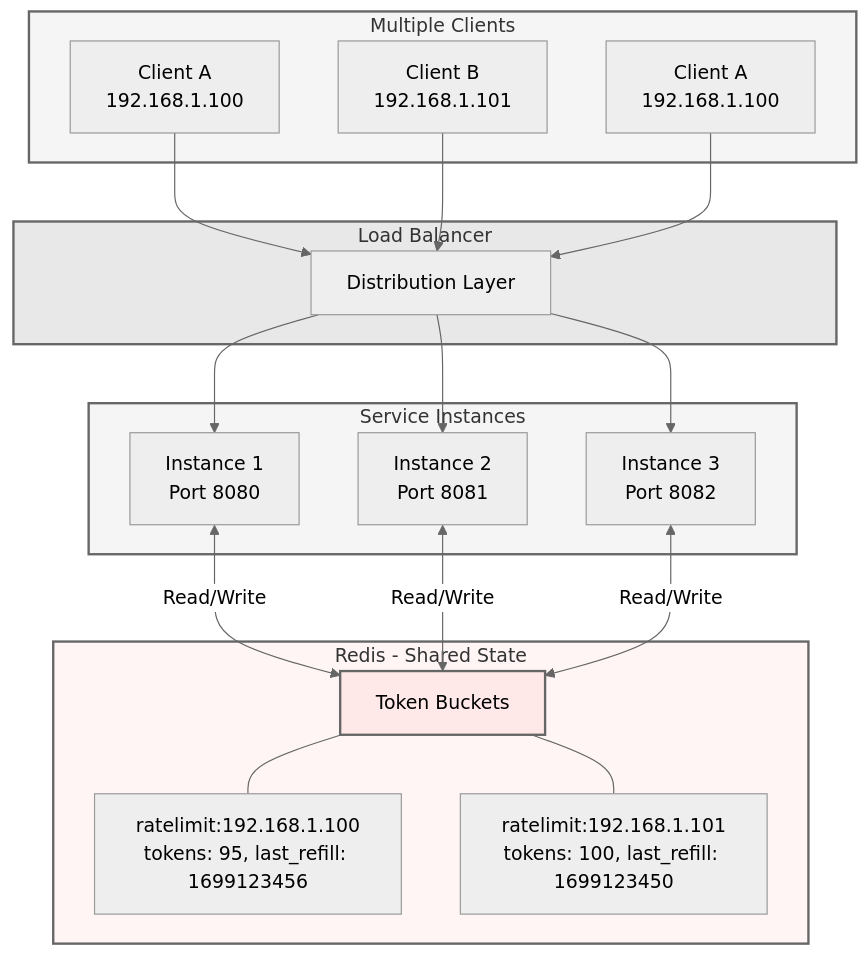
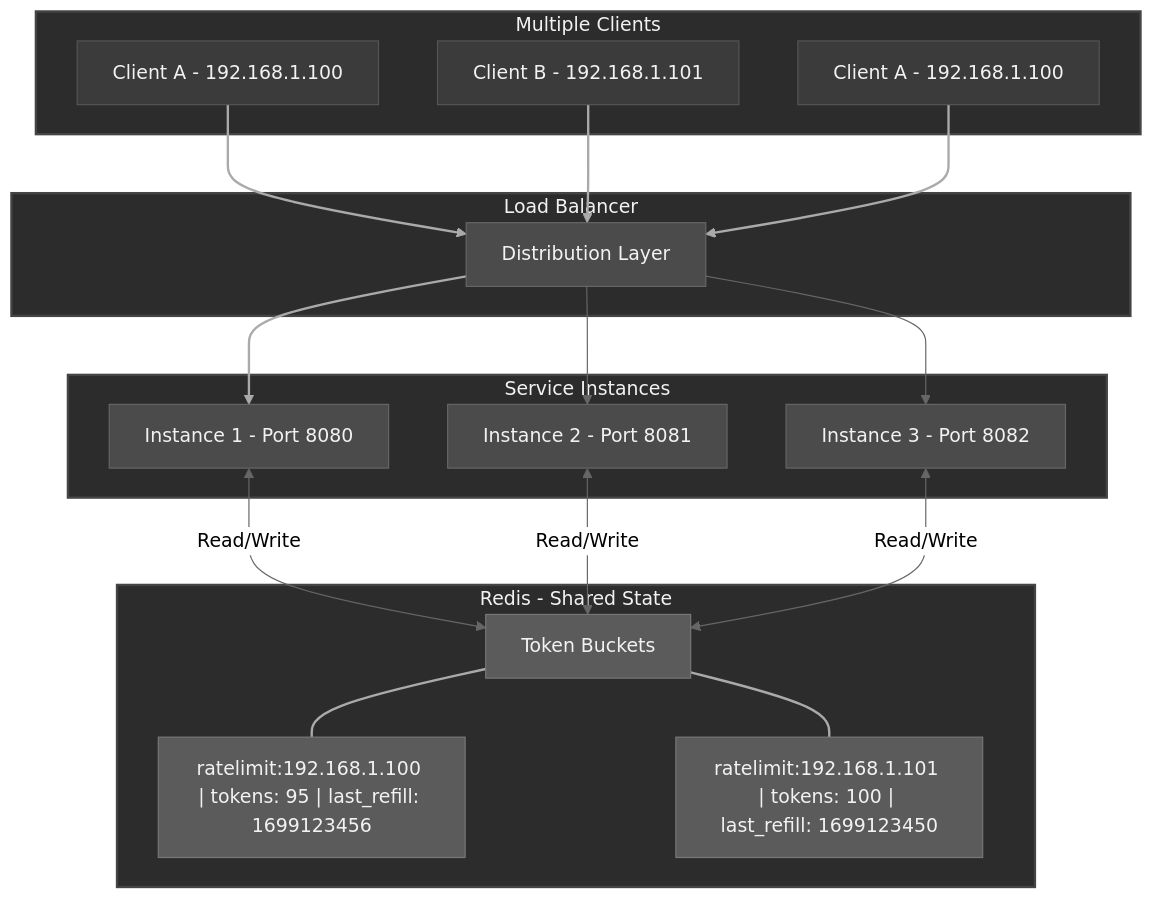
Before and after one commit to brutally-Honest/Distributed-Rate-Limiter: the diagram in README.md, drawn with Mermaid (neutral theme).

Commit message:
refactor(README): improve mermaid diagram formatting and styling for better readability

````diff
--- a/README.md
+++ b/README.md
@@ -25,45 +25,49 @@
 ```mermaid
 flowchart TB
-    subgraph clients["Multiple Clients"]
-        C1["Client A<br/>192.168.1.100"]
-        C2["Client B<br/>192.168.1.101"]
-        C3["Client A<br/>192.168.1.100"]
-    end
-
-    subgraph lb["Load Balancer"]
-        LB[Distribution Layer]
-    end
-
-    subgraph instances["Service Instances"]
-        I1["Instance 1<br/>Port 8080"]
-        I2["Instance 2<br/>Port 8081"]
-        I3["Instance 3<br/>Port 8082"]
-    end
-
-    subgraph redis["Redis - Shared State"]
-        RD["Token Buckets"]
-        K1["ratelimit:192.168.1.100<br/>tokens: 95, last_refill: 1699123456"]
-        K2["ratelimit:192.168.1.101<br/>tokens: 100, last_refill: 1699123450"]
-
-        RD --- K1
-        RD --- K2
-    end
-
-    C1 --> LB
-    C2 --> LB
-    C3 --> LB
-
-    LB --> I1
-    LB --> I2
-    LB --> I3
-
-    I1 <-->|Read/Write| RD
-    I2 <-->|Read/Write| RD
-    I3 <-->|Read/Write| RD
-
-    style clients fill:#f5f5f5,stroke:#666,stroke-width:2px
-    style lb fill:#e8e8e8,stroke:#666,stroke-width:2px
-    style instances fill:#f5f5f5,stroke:#666,stroke-width:2px
-    style redis fill:#fff5f5,stroke:#666,stroke-width:2px
-    style RD fill:#ffe8e8,stroke:#666,stroke-width:2px
+subgraph clients["Multiple Clients"]
+C1["Client A - 192.168.1.100"]
+C2["Client B - 192.168.1.101"]
+C3["Client A - 192.168.1.100"]
+end
+subgraph lb["Load Balancer"]
+LB["Distribution Layer"]
+end
+subgraph instances["Service Instances"]
+I1["Instance 1 - Port 8080"]
+I2["Instance 2 - Port 8081"]
+I3["Instance 3 - Port 8082"]
+end
+subgraph redis["Redis - Shared State"]
+RD["Token Buckets"]
+K1["ratelimit:192.168.1.100 | tokens: 95 | last_refill: 1699123456"]
+K2["ratelimit:192.168.1.101 | tokens: 100 | last_refill: 1699123450"]
+end
+RD --- K1 & K2
+C1 --> LB
+C2 --> LB
+C3 --> LB
+LB --> I1 & I2 & I3
+I1 <-- Read/Write --> RD
+I2 <-- Read/Write --> RD
+I3 <-- Read/Write --> RD
+style C1 fill:#3b3b3b,stroke:#555,color:#f2f2f2
+style C2 fill:#3b3b3b,stroke:#555,color:#f2f2f2
+style C3 fill:#3b3b3b,stroke:#555,color:#f2f2f2
+style LB fill:#4b4b4b,stroke:#666,color:#f2f2f2
+style I1 fill:#4b4b4b,stroke:#666,color:#f2f2f2
+style I2 fill:#4b4b4b,stroke:#666,color:#f2f2f2
+style I3 fill:#4b4b4b,stroke:#666,color:#f2f2f2
+style RD fill:#5b5b5b,stroke:#777,color:#f2f2f2
+style K1 fill:#5b5b5b,stroke:#777,color:#f2f2f2
+style K2 fill:#5b5b5b,stroke:#777,color:#f2f2f2
+style clients fill:#2c2c2c,stroke:#444,stroke-width:2px,color:#f2f2f2
+style lb fill:#2c2c2c,stroke:#444,stroke-width:2px,color:#f2f2f2
+style instances fill:#2c2c2c,stroke:#444,stroke-width:2px,color:#f2f2f2
+style redis fill:#2c2c2c,stroke:#444,stroke-width:2px,color:#f2f2f2
+linkStyle 0 stroke:#aaa,stroke-width:2px,color:#aaa,fill:none
+linkStyle 1 stroke:#aaa,stroke-width:2px,color:#aaa,fill:none
+linkStyle 2 stroke:#aaa,stroke-width:2px,color:#aaa,fill:none
+linkStyle 3 stroke:#aaa,stroke-width:2px,color:#aaa,fill:none
+linkStyle 4 stroke:#aaa,stroke-width:2px,color:#aaa,fill:none
+linkStyle 5 stroke:#aaa,stroke-width:2px,color:#aaa,fill:none
 ```
````
